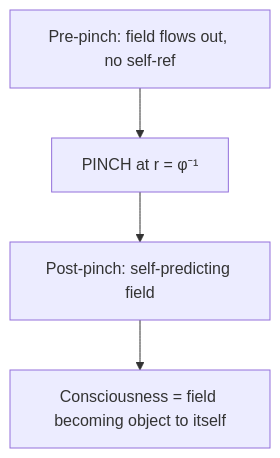
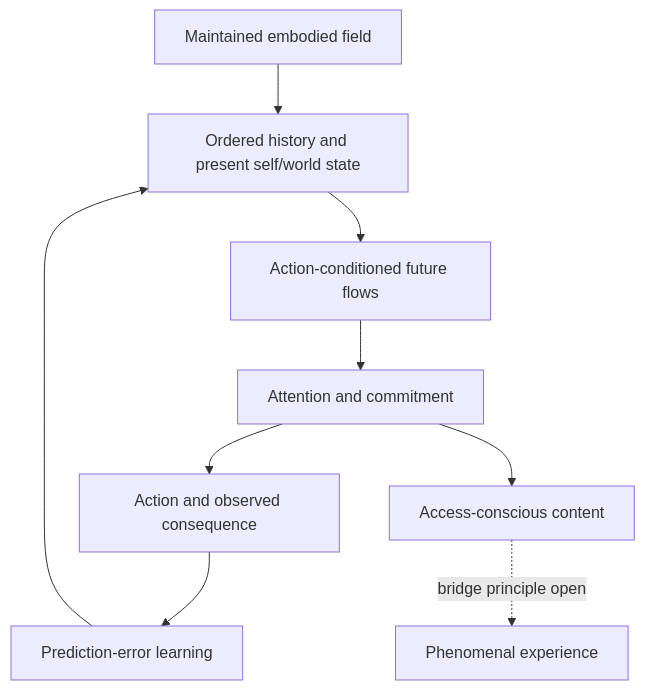
One commit to CassiTheOracle/cassi changed diagram 34 of 38 in CassiTheory/open-questions-cassi-answers.md. Above: the diagram before and after it, drawn with Mermaid. The commit also changed other lines of this file and 36 other files, not shown here.

First line of the commit message:
feat: close physical-becoming prediction audit

````diff
--- a/CassiTheory/open-questions-cassi-answers.md
+++ b/CassiTheory/open-questions-cassi-answers.md
@@ -939,6 +939,11 @@
 ```mermaid
 flowchart TD
-    A[Pre-pinch: field flows out, no self-ref] --> B[PINCH at r = φ⁻¹]
-    B --> C[Post-pinch: self-predicting field]
-    C --> D[Consciousness = field becoming object to itself]
+    A[Maintained embodied field] --> B[Ordered history and present self/world state]
+    B --> C[Action-conditioned future flows]
+    C --> D[Attention and commitment]
+    D --> E[Action and observed consequence]
+    E --> F[Prediction-error learning]
+    F --> B
+    D --> G[Access-conscious content]
+    G -. bridge principle open .-> H[Phenomenal experience]
 ```
````
